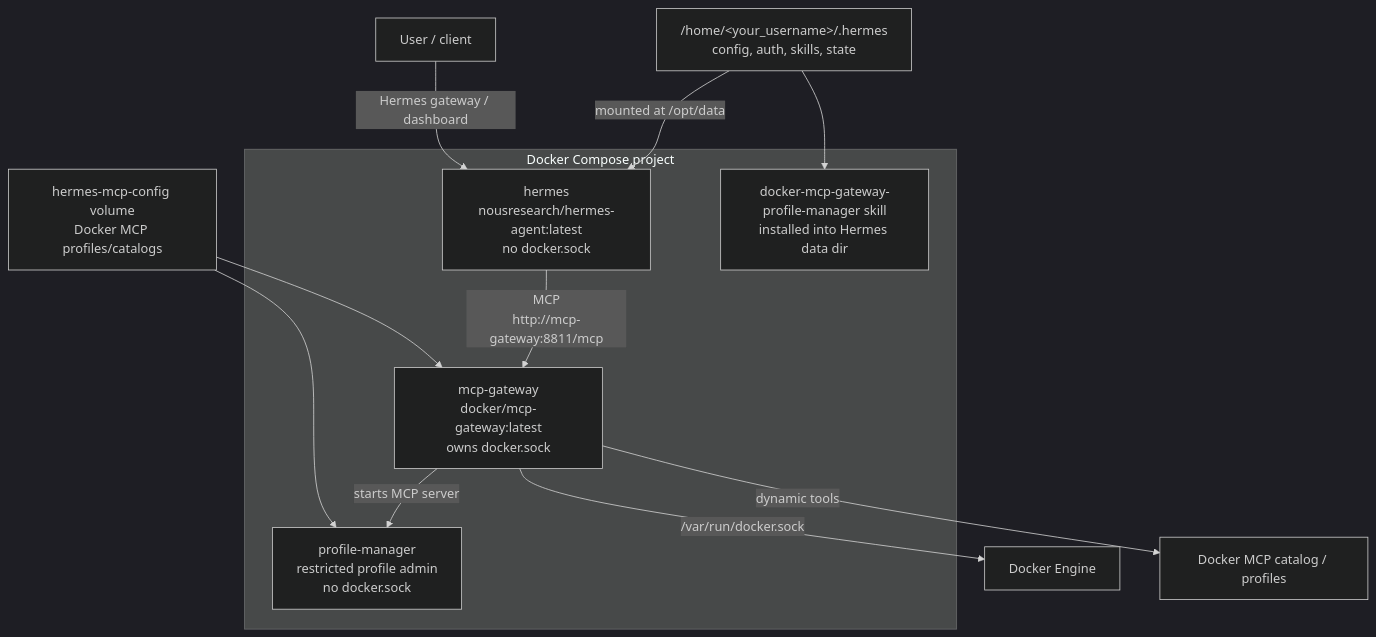
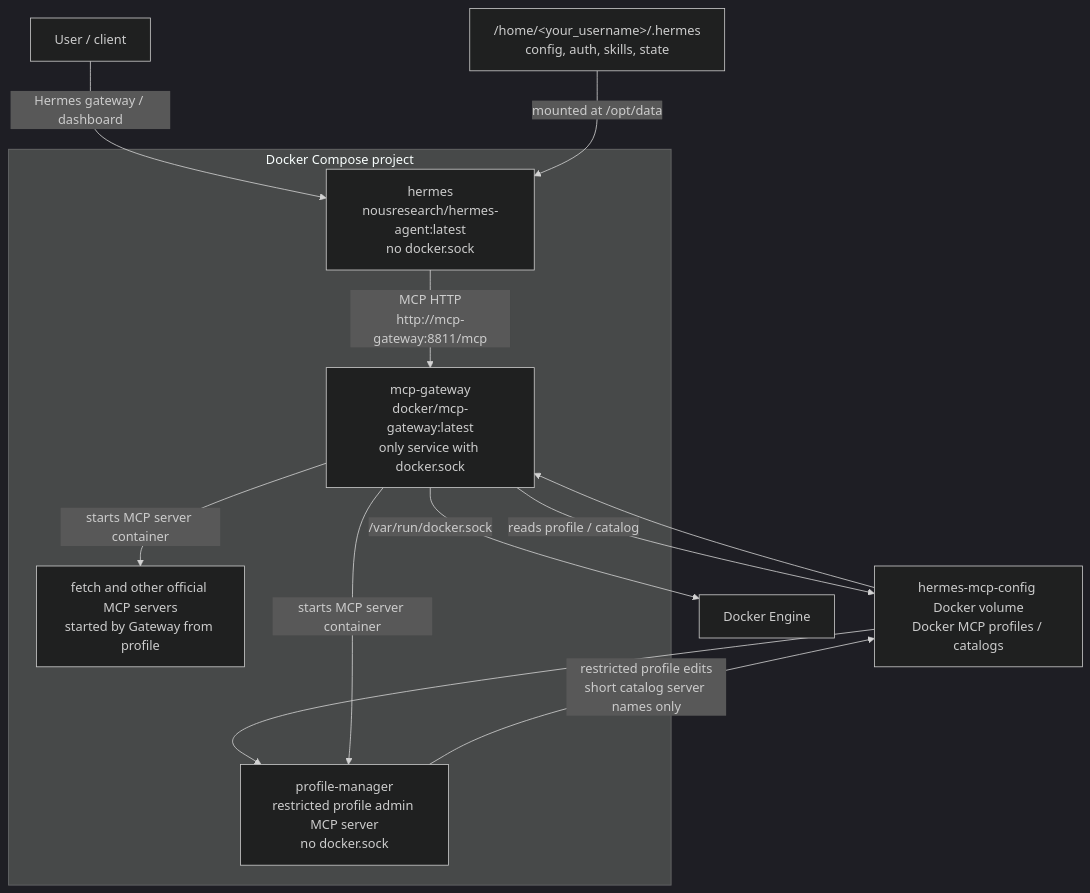
Before and after one commit to sekai-dev-team/hermes-docker-deployment: the diagram in README.md, drawn with Mermaid (dark theme). The commit also changed other lines of this file, not shown here.

Commit message:
docs: clarify architecture and features

````diff
--- a/README.md
+++ b/README.md
@@ -7,20 +7,25 @@
 ```mermaid
 flowchart TB
     User["User / client"] -->|Hermes gateway / dashboard| Hermes
 
     subgraph Compose["Docker Compose project"]
         Hermes["hermes<br/>nousresearch/hermes-agent:latest<br/>no docker.sock"]
-        Gateway["mcp-gateway<br/>docker/mcp-gateway:latest<br/>owns docker.sock"]
-        ProfileManager["profile-manager<br/>restricted profile admin<br/>no docker.sock"]
-        Skill["docker-mcp-gateway-profile-manager skill<br/>installed into Hermes data dir"]
+        Gateway["mcp-gateway<br/>docker/mcp-gateway:latest<br/>only service with docker.sock"]
+        ProfileManager["profile-manager<br/>restricted profile admin MCP server<br/>no docker.sock"]
+        Fetch["fetch and other official MCP servers<br/>started by Gateway from profile"]
     end
 
     Data["/home/&lt;your_username&gt;/.hermes<br/>config, auth, skills, state"] -->|mounted at /opt/data| Hermes
-    Data --> Skill
-    McpConfig["hermes-mcp-config volume<br/>Docker MCP profiles/catalogs"] --> Gateway
+
+    McpConfig["hermes-mcp-config Docker volume<br/>Docker MCP profiles / catalogs"] --> Gateway
     McpConfig --> ProfileManager
-    Hermes -->|MCP<br/>http://mcp-gateway:8811/mcp| Gateway
+
+    Hermes -->|MCP HTTP<br/>http://mcp-gateway:8811/mcp| Gateway
+
     Gateway -->|/var/run/docker.sock| Docker["Docker Engine"]
-    Gateway -->|dynamic tools| Catalog["Docker MCP catalog / profiles"]
-    Gateway -->|starts MCP server| ProfileManager
+    Gateway -->|reads profile / catalog| McpConfig
+    Gateway -->|starts MCP server container| ProfileManager
+    Gateway -->|starts MCP server container| Fetch
+
+    ProfileManager -->|restricted profile edits<br/>short catalog server names only| McpConfig
 ```
````
